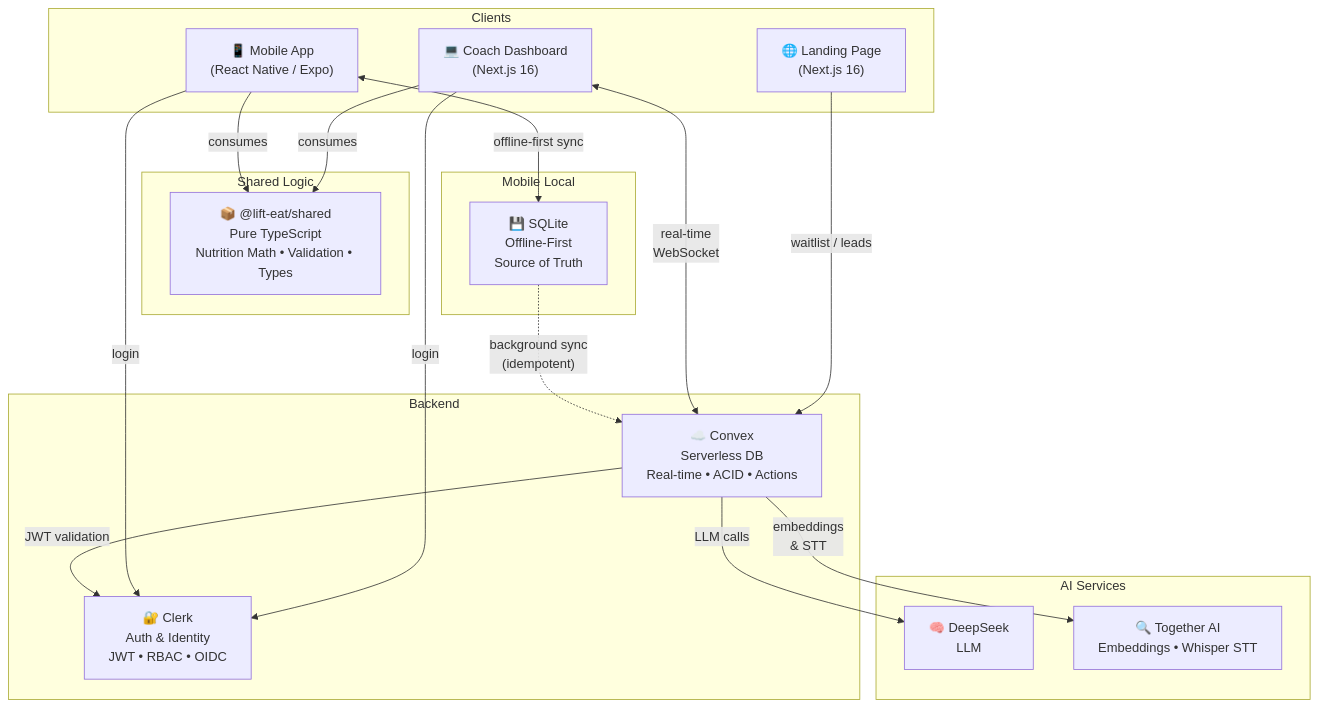
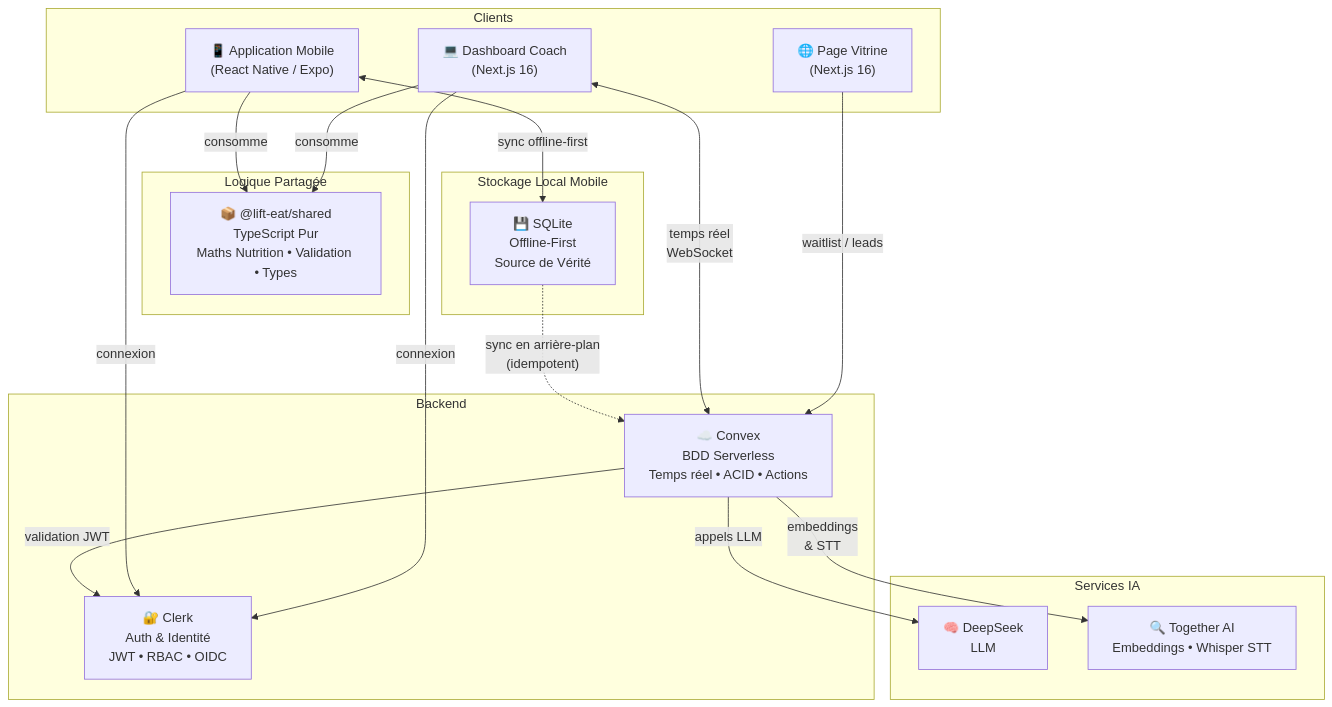
The fourth of 7 diagrams in README.md (Oussama-souissi024/Makelty-architecture-case-study), drawn with Mermaid before and after one commit. The commit also changed other lines of this file and 2 other files, not shown here.

````diff
--- a/README.md
+++ b/README.md
@@ -322,41 +326,41 @@
 ```mermaid
 flowchart TD
     subgraph Clients
-        Mobile["📱 Mobile App\n(React Native / Expo)"]
-        Dashboard["💻 Coach Dashboard\n(Next.js 16)"]
-        Landing["🌐 Landing Page\n(Next.js 16)"]
+        Mobile["📱 Application Mobile\n(React Native / Expo)"]
+        Dashboard["💻 Dashboard Coach\n(Next.js 16)"]
+        Landing["🌐 Page Vitrine\n(Next.js 16)"]
     end
 
-    subgraph Shared Logic
-        Core["📦 @lift-eat/shared\nPure TypeScript\nNutrition Math • Validation • Types"]
+    subgraph LogiquePartagee["Logique Partagée"]
+        Core["📦 @lift-eat/shared\nTypeScript Pur\nMaths Nutrition • Validation • Types"]
     end
 
     subgraph Backend
-        Convex["☁️ Convex\nServerless DB\nReal-time • ACID • Actions"]
-        Clerk["🔐 Clerk\nAuth & Identity\nJWT • RBAC • OIDC"]
+        Convex["☁️ Convex\nBDD Serverless\nTemps réel • ACID • Actions"]
+        Clerk["🔐 Clerk\nAuth & Identité\nJWT • RBAC • OIDC"]
     end
 
-    subgraph AI Services
+    subgraph ServicesIA["Services IA"]
         DeepSeek["🧠 DeepSeek\nLLM"]
         Together["🔍 Together AI\nEmbeddings • Whisper STT"]
     end
 
-    subgraph Mobile Local
-        SQLite["💾 SQLite\nOffline-First\nSource of Truth"]
+    subgraph MobileLocal["Stockage Local Mobile"]
+        SQLite["💾 SQLite\nOffline-First\nSource de Vérité"]
     end
 
-    Mobile -->|"consumes"| Core
-    Dashboard -->|"consumes"| Core
+    Mobile -->|"consomme"| Core
+    Dashboard -->|"consomme"| Core
 
-    Mobile <-->|"offline-first sync"| SQLite
-    SQLite -.->|"background sync\n(idempotent)"| Convex
-    Dashboard <-->|"real-time\nWebSocket"| Convex
+    Mobile <-->|"sync offline-first"| SQLite
+    SQLite -.->|"sync en arrière-plan\n(idempotent)"| Convex
+    Dashboard <-->|"temps réel\nWebSocket"| Convex
     Landing -->|"waitlist / leads"| Convex
 
-    Convex -->|"JWT validation"| Clerk
-    Mobile -->|"login"| Clerk
-    Dashboard -->|"login"| Clerk
+    Convex -->|"validation JWT"| Clerk
+    Mobile -->|"connexion"| Clerk
+    Dashboard -->|"connexion"| Clerk
 
-    Convex -->|"LLM calls"| DeepSeek
+    Convex -->|"appels LLM"| DeepSeek
     Convex -->|"embeddings\n& STT"| Together
 ```
````
